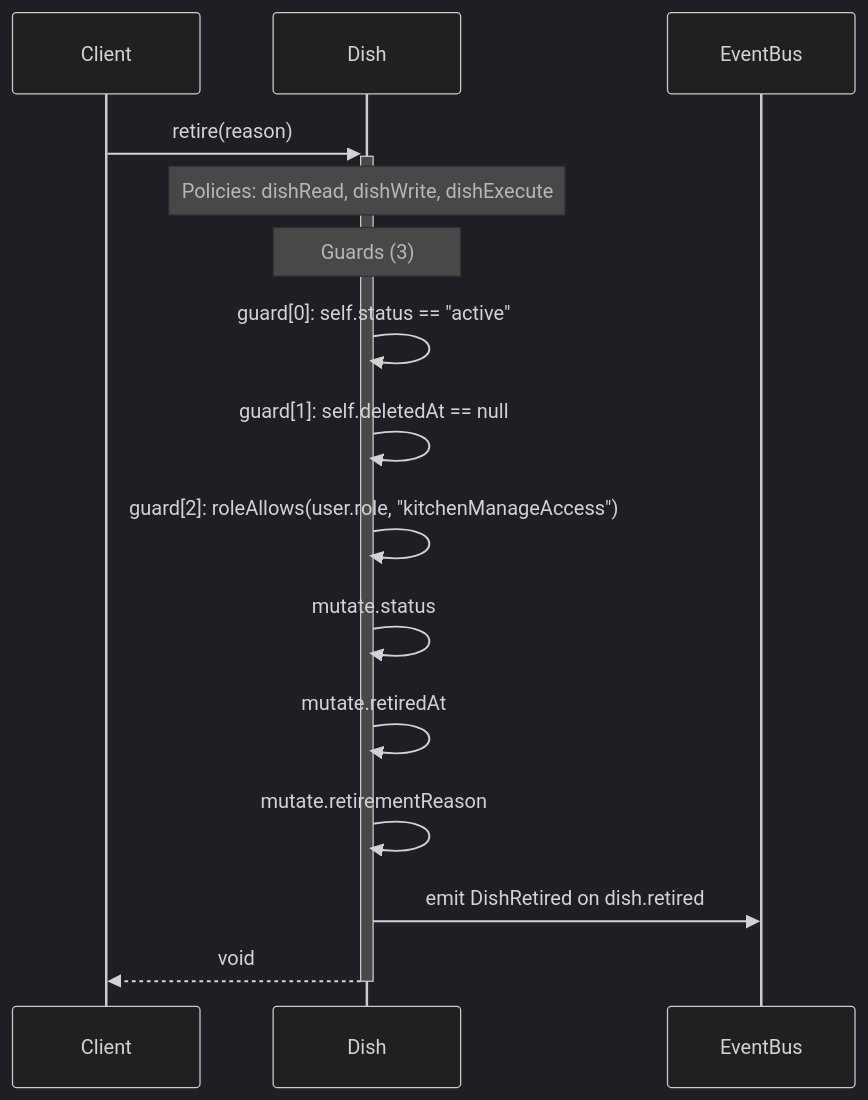
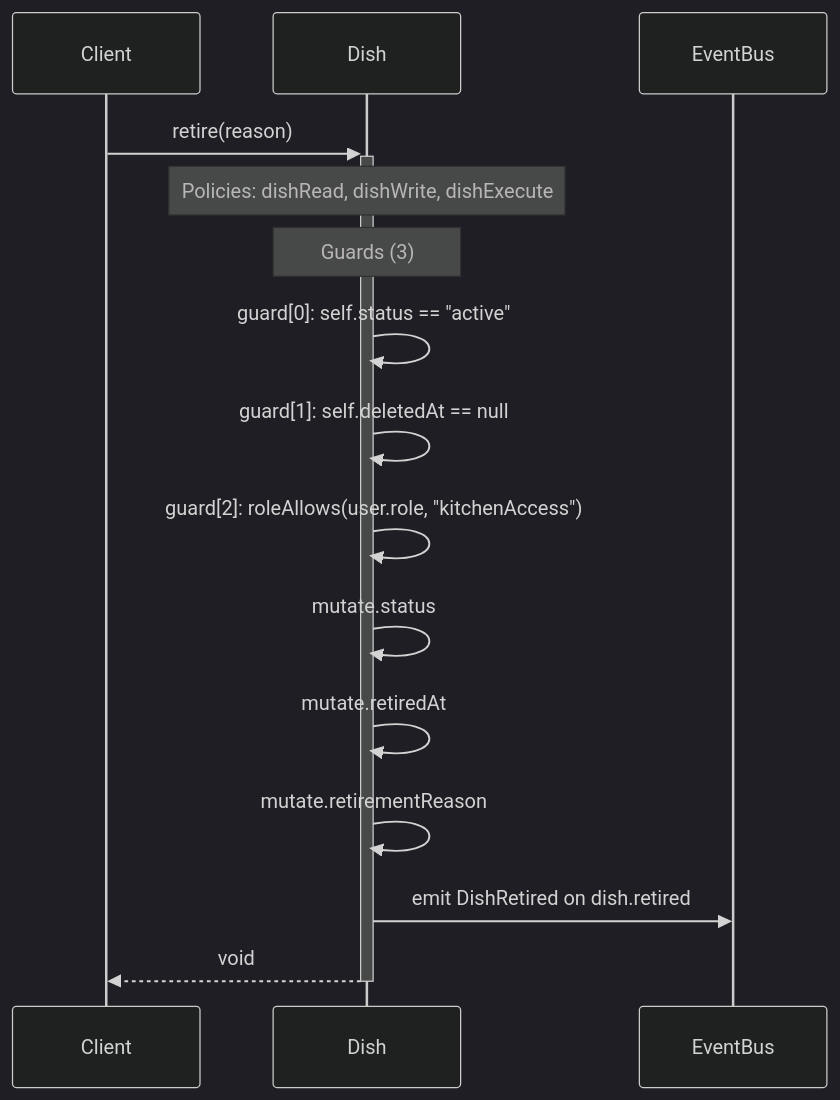
One commit to Angriff36/capsule changed the diagram in diagrams/sequence-Dish-retire.mmd. Above: the diagram before and after it, drawn with Mermaid (dark theme). The commit also changed 42 other files, not shown here.

```diff
--- a/diagrams/sequence-Dish-retire.mmd
+++ b/diagrams/sequence-Dish-retire.mmd
@@ -1,15 +1,15 @@
 sequenceDiagram
     participant Client
     participant Dish as Dish
     participant EventBus
     Client->>+Dish: retire(reason)
     Note over Dish: Policies: dishRead, dishWrite, dishExecute
     Note over Dish: Guards (3)
     Dish->>Dish: guard[0]: self.status == #quot;active#quot;
     Dish->>Dish: guard[1]: self.deletedAt == null
-    Dish->>Dish: guard[2]: roleAllows(user.role, #quot;kitchenManageAccess#quot;)
+    Dish->>Dish: guard[2]: roleAllows(user.role, #quot;kitchenAccess#quot;)
     Dish->>Dish: mutate.status
     Dish->>Dish: mutate.retiredAt
     Dish->>Dish: mutate.retirementReason
     Dish->>EventBus: emit DishRetired on dish.retired
     Dish-->>-Client: void
```
